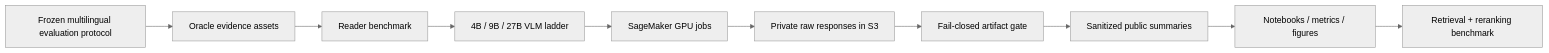
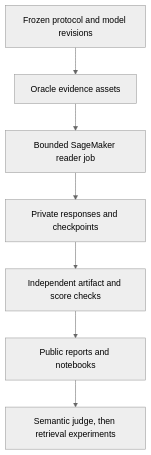
The diagram in README.md (alvaromendizabal/lava-aws-multilingual-docvqa), drawn with Mermaid (neutral theme) before and after one commit. The commit also changed other lines of this file and 24 other files, not shown here.

Commit message:
Add complete oracle-reader pilot and verified public reporting

````diff
--- a/README.md
+++ b/README.md
@@ -19,12 +30,9 @@
 ```mermaid
-flowchart LR
-    A[Frozen multilingual evaluation protocol] --> B[Oracle evidence assets]
-    B --> C[Reader benchmark]
-    C --> D[4B / 9B / 27B VLM ladder]
-    D --> E[SageMaker GPU jobs]
-    E --> F[Private raw responses in S3]
-    F --> G[Fail-closed artifact gate]
-    G --> H[Sanitized public summaries]
-    H --> I[Notebooks / metrics / figures]
-    I --> J[Retrieval + reranking benchmark]
+flowchart TD
+    A["Frozen protocol and model revisions"] --> B["Oracle evidence assets"]
+    B --> C["Bounded SageMaker reader job"]
+    C --> D["Private responses and checkpoints"]
+    D --> E["Independent artifact and score checks"]
+    E --> F["Public reports and notebooks"]
+    F --> G["Semantic judge, then retrieval experiments"]
 ```
````
